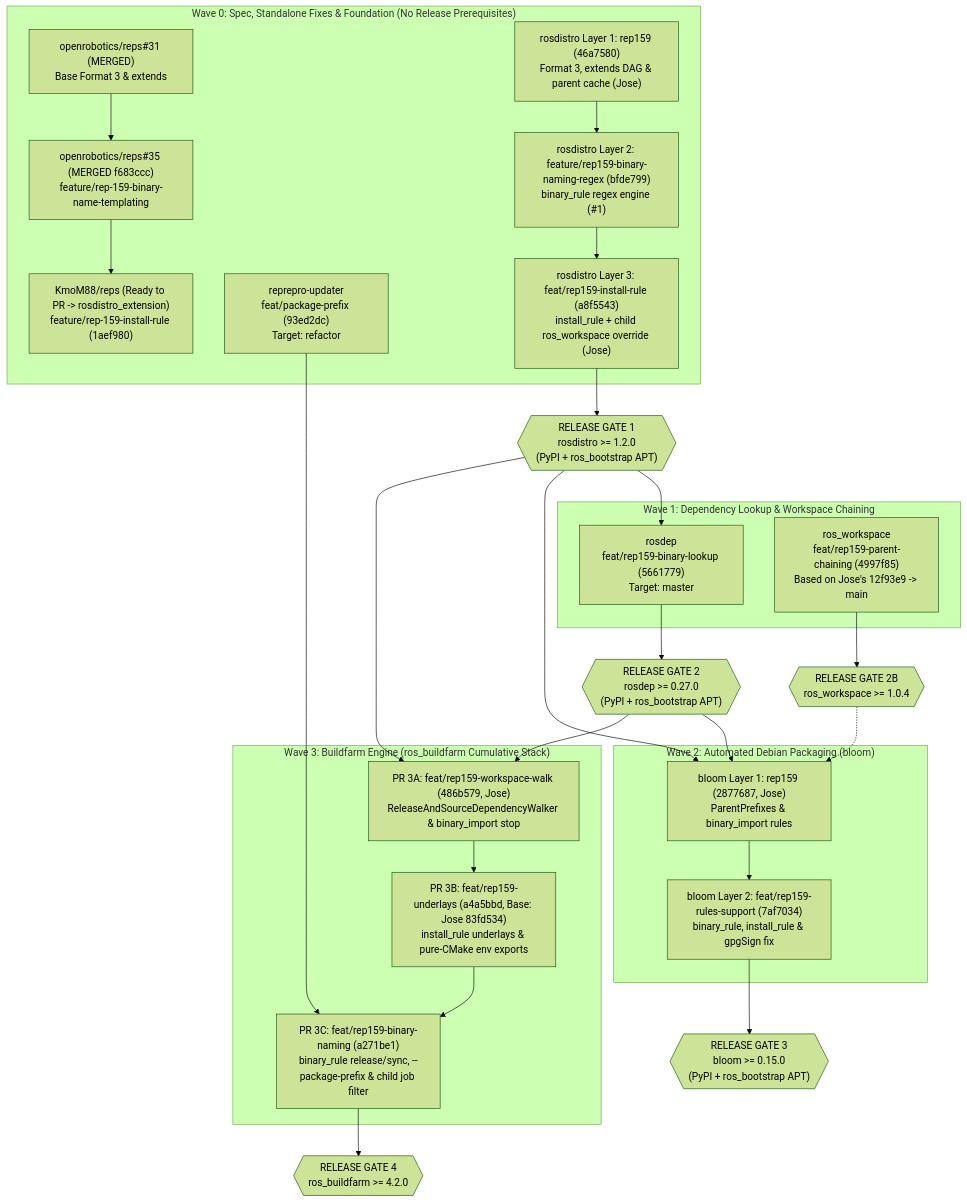
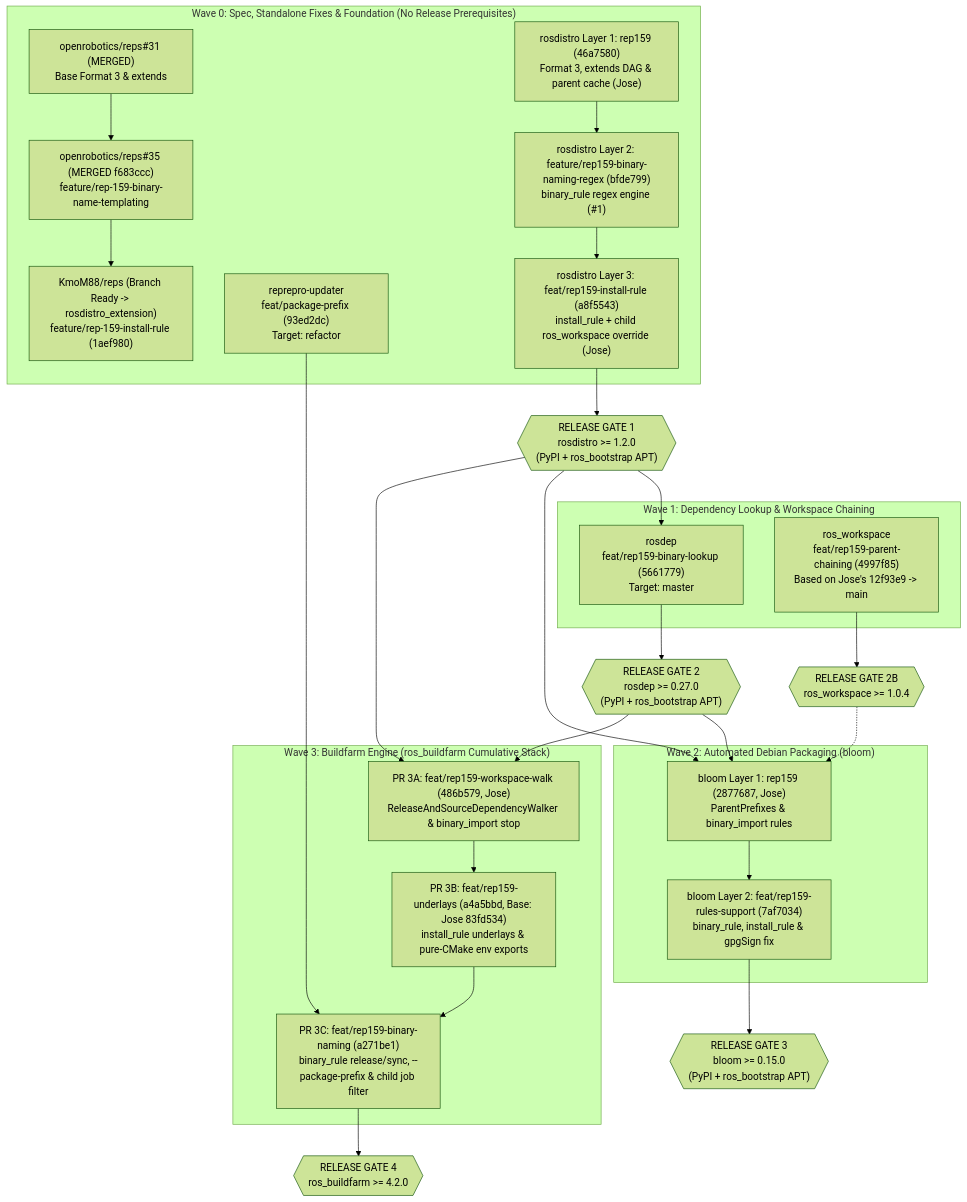
The first of 2 diagrams in ROLLOUT_PLAN.md (KmoM88/rep159-testing), drawn with Mermaid (forest theme) before and after one commit. The commit also changed other lines of this file and 10 other files, not shown here.

````diff
--- a/ROLLOUT_PLAN.md
+++ b/ROLLOUT_PLAN.md
@@ -13,41 +14,41 @@
 ```mermaid
 flowchart TD
     subgraph Wave0 ["Wave 0: Spec, Standalone Fixes & Foundation (No Release Prerequisites)"]
         REPS1["openrobotics/reps#31 (MERGED)<br/>Base Format 3 & extends"] --> REPS2["openrobotics/reps#35 (MERGED f683ccc)<br/>feature/rep-159-binary-name-templating"]
-        REPS2 --> REPS3["KmoM88/reps (Ready to PR -> rosdistro_extension)<br/>feature/rep-159-install-rule (1aef980)"]
+        REPS2 --> REPS3["KmoM88/reps (Branch Ready -> rosdistro_extension)<br/>feature/rep-159-install-rule (1aef980)"]
 
         REPREPRO["reprepro-updater<br/>feat/package-prefix (93ed2dc)<br/>Target: refactor"]
 
         RD1["rosdistro Layer 1: rep159 (46a7580)<br/>Format 3, extends DAG & parent cache (Jose)"] --> RD2["rosdistro Layer 2: feature/rep159-binary-naming-regex (bfde799)<br/>binary_rule regex engine (#1)"]
         RD2 --> RD3["rosdistro Layer 3: feat/rep159-install-rule (a8f5543)<br/>install_rule + child ros_workspace override (Jose)"]
     end
 
     RD3 --> GATE1{{"RELEASE GATE 1<br/>rosdistro >= 1.2.0<br/>(PyPI + ros_bootstrap APT)"}}
 
     subgraph Wave1 ["Wave 1: Dependency Lookup & Workspace Chaining"]
         ROSDEP["rosdep<br/>feat/rep159-binary-lookup (5661779)<br/>Target: master"]
         WS["ros_workspace<br/>feat/rep159-parent-chaining (4997f85)<br/>Based on Jose's 12f93e9 -> main"]
     end
 
     GATE1 --> ROSDEP --> GATE2{{"RELEASE GATE 2<br/>rosdep >= 0.27.0<br/>(PyPI + ros_bootstrap APT)"}}
     WS --> GATE2B{{"RELEASE GATE 2B<br/>ros_workspace >= 1.0.4"}}
 
     subgraph Wave2 ["Wave 2: Automated Debian Packaging (bloom)"]
         BL1["bloom Layer 1: rep159 (2877687, Jose)<br/>ParentPrefixes & binary_import rules"] --> BL2["bloom Layer 2: feat/rep159-rules-support (7af7034)<br/>binary_rule, install_rule & gpgSign fix"]
     end
 
     GATE1 --> BL1
     GATE2 --> BL1
     GATE2B -.-> BL1
     BL2 --> GATE3{{"RELEASE GATE 3<br/>bloom >= 0.15.0<br/>(PyPI + ros_bootstrap APT)"}}
 
     subgraph Wave3 ["Wave 3: Buildfarm Engine (ros_buildfarm Cumulative Stack)"]
         BF1["PR 3A: feat/rep159-workspace-walk (486b579, Jose)<br/>ReleaseAndSourceDependencyWalker & binary_import stop"] --> BF2["PR 3B: feat/rep159-underlays (a4a5bbd, Base: Jose 83fd534)<br/>install_rule underlays & pure-CMake env exports"]
         BF2 --> BF3["PR 3C: feat/rep159-binary-naming (a271be1)<br/>binary_rule release/sync, --package-prefix & child job filter"]
     end
 
     GATE1 --> BF1
     GATE2 --> BF1
     REPREPRO --> BF3
     BF3 --> GATE4{{"RELEASE GATE 4<br/>ros_buildfarm >= 4.2.0"}}
 ```
````
